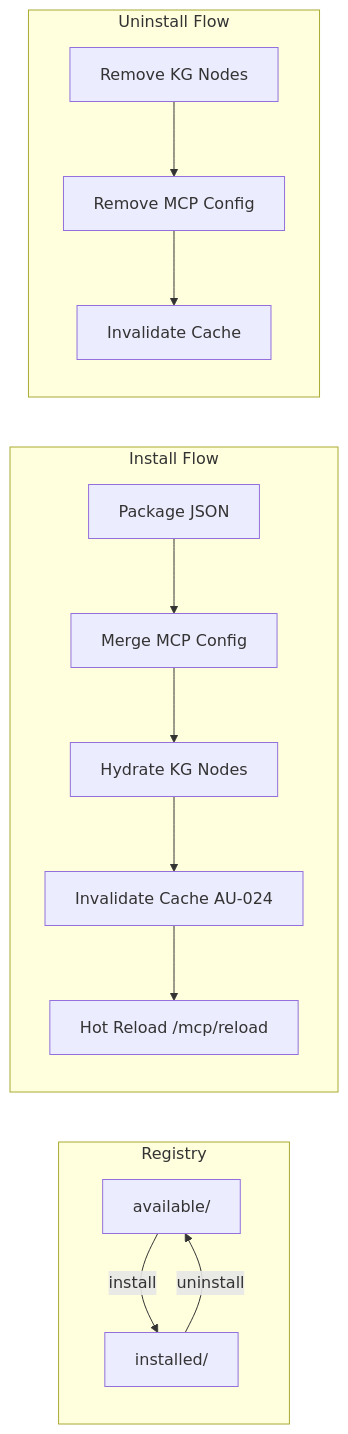
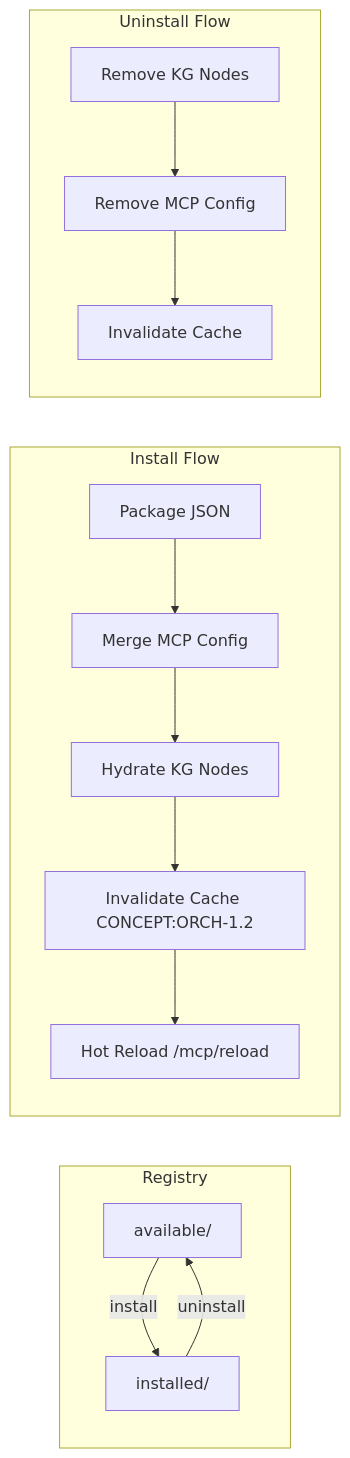
One commit to Knuckles-Team/agent-utilities changed the diagram in docs/agent-registry.md. Above: the diagram before and after it, drawn with Mermaid. The commit also changed other lines of this file and 183 other files, not shown here.

````diff
--- a/docs/agent-registry.md
+++ b/docs/agent-registry.md
@@ -13,19 +13,19 @@
 ```mermaid
 flowchart LR
     subgraph Registry
         AVAIL[available/] --> |install| INSTALLED[installed/]
         INSTALLED --> |uninstall| AVAIL
     end
 
     subgraph Install Flow
         PKG[Package JSON] --> MCP[Merge MCP Config]
         MCP --> KG[Hydrate KG Nodes]
-        KG --> CACHE[Invalidate Cache AU-024]
+        KG --> CACHE[Invalidate Cache CONCEPT:ORCH-1.2]
         CACHE --> RELOAD[Hot Reload /mcp/reload]
     end
 
     subgraph Uninstall Flow
         RM_KG[Remove KG Nodes] --> RM_MCP[Remove MCP Config]
         RM_MCP --> RM_CACHE[Invalidate Cache]
     end
 ```
````
